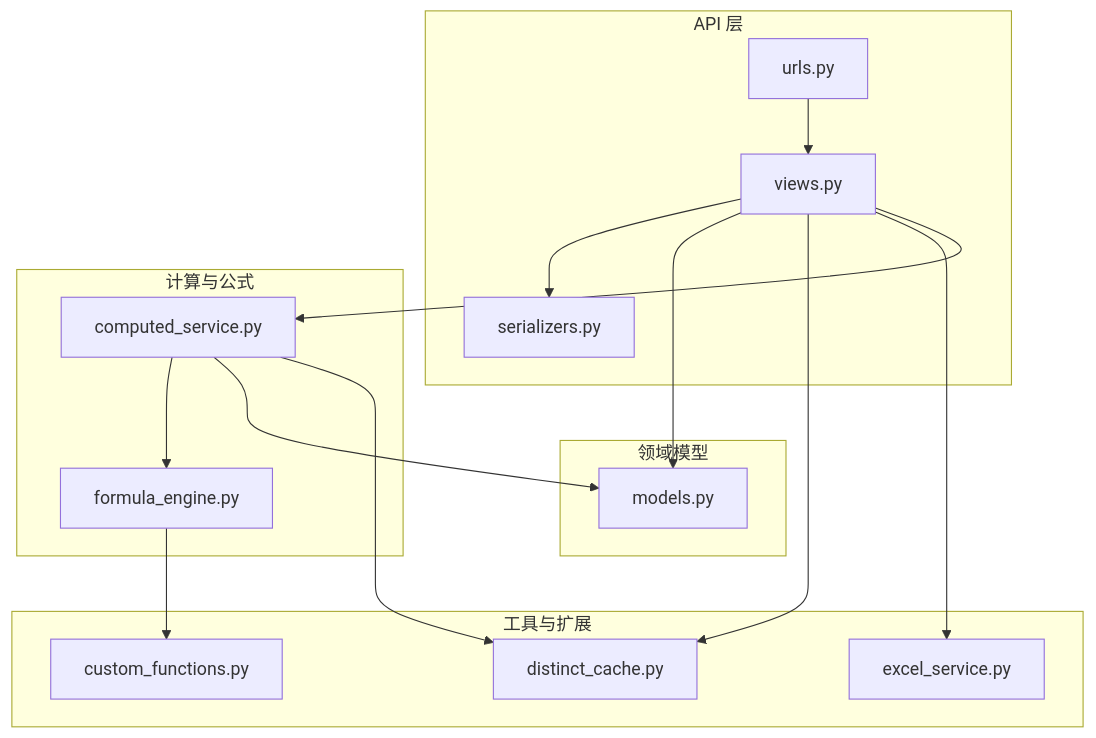
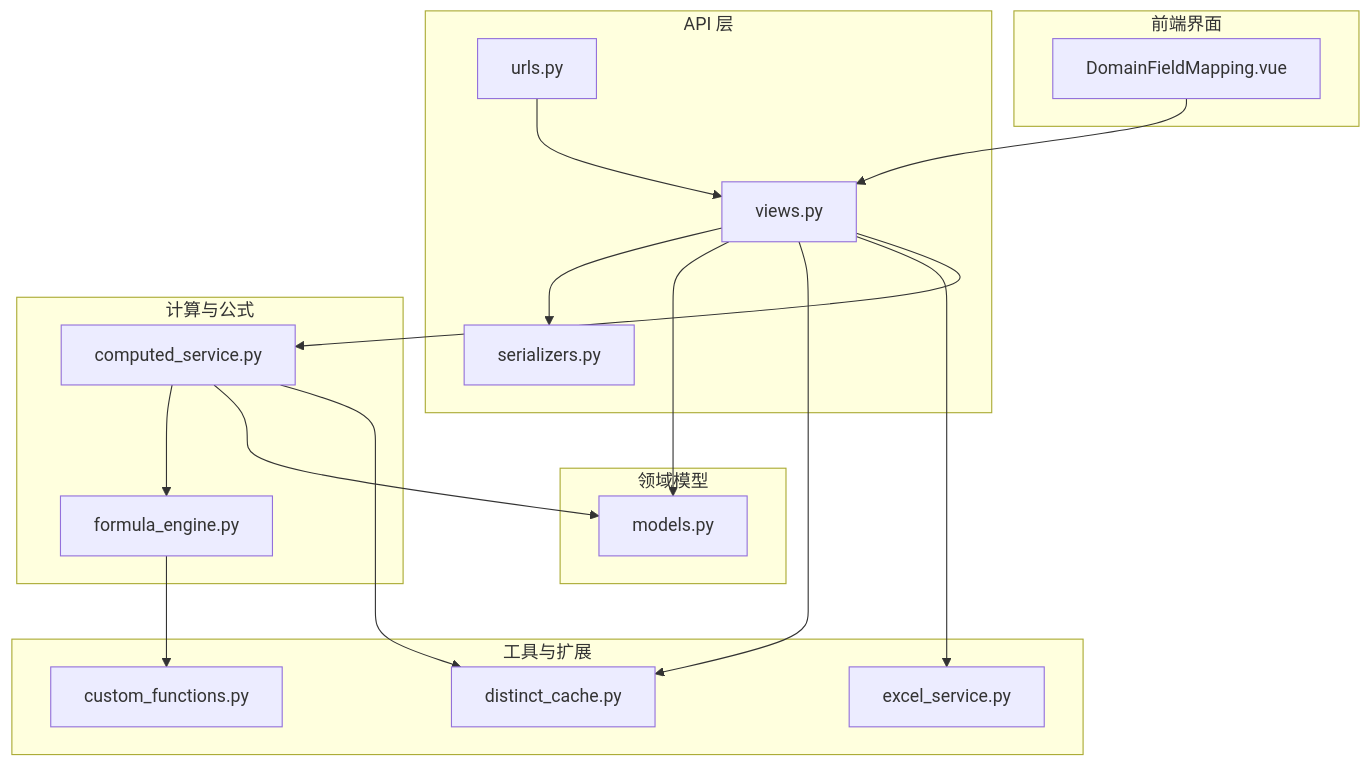
The first of 6 diagrams in .qoder/repowiki/zh/content/数据建模模块/数据建模模块.md (zyp-coder/Metadata), drawn with Mermaid before and after one commit. The commit also changed other lines of this file and 39 other files, not shown here.

````diff
--- a/.qoder/repowiki/zh/content/数据建模模块/数据建模模块.md
+++ b/.qoder/repowiki/zh/content/数据建模模块/数据建模模块.md
@@ -51,30 +62,34 @@
 ```mermaid
 graph TB
 subgraph "API 层"
 V["views.py"]
 S["serializers.py"]
 U["urls.py"]
 end
 subgraph "领域模型"
 M["models.py"]
 end
 subgraph "计算与公式"
 F["formula_engine.py"]
 C["computed_service.py"]
 end
 subgraph "工具与扩展"
 D["distinct_cache.py"]
 E["excel_service.py"]
 CF["custom_functions.py"]
 end
+subgraph "前端界面"
+FE["DomainFieldMapping.vue"]
+end
 U --> V
 V --> S
 V --> M
 V --> D
 V --> E
 V --> C
 C --> F
 C --> M
 C --> D
 F --> CF
+FE --> V
 ```
````
